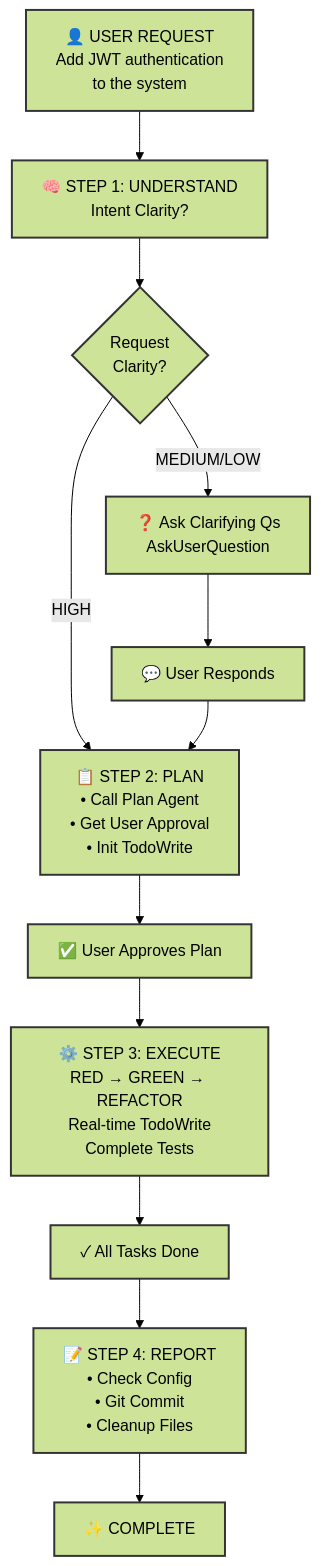
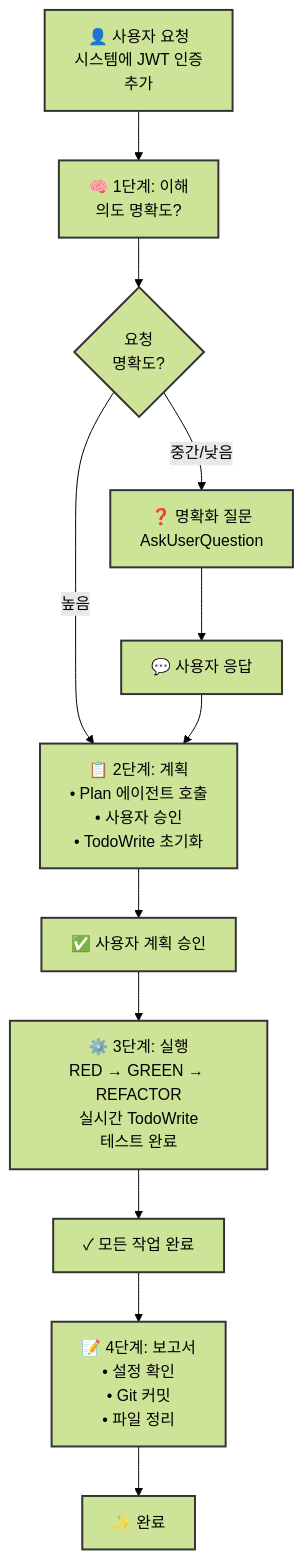
Before and after one commit to modu-ai/moai-adk: the diagram in README.ko.md, drawn with Mermaid (forest theme). The commit also changed other lines of this file, not shown here.

First line of the commit message:
docs(readme-ko): complete 100% Korean localization of README.ko.md

````diff
--- a/README.ko.md
+++ b/README.ko.md
@@ -1415,44 +1498,44 @@
 ```mermaid
 flowchart TD
-    Start["👤 USER REQUEST<br/>Add JWT authentication<br/>to the system"]
+    Start["👤 사용자 요청<br/>시스템에 JWT 인증<br/>추가"]
 
-    Step1["🧠 STEP 1: UNDERSTAND<br/>Intent Clarity?"]
+    Step1["🧠 1단계: 이해<br/>의도 명확도?"]
 
-    HighClarity{"Request<br/>Clarity?"}
+    HighClarity{"요청<br/>명확도?"}
 
-    LowClarity["❓ Ask Clarifying Qs<br/>AskUserQuestion"]
-    UserRespond["💬 User Responds"]
+    LowClarity["❓ 명확화 질문<br/>AskUserQuestion"]
+    UserRespond["💬 사용자 응답"]
 
-    Step2["📋 STEP 2: PLAN<br/>• Call Plan Agent<br/>• Get User Approval<br/>• Init TodoWrite"]
+    Step2["📋 2단계: 계획<br/>• Plan 에이전트 호출<br/>• 사용자 승인<br/>• TodoWrite 초기화"]
 
-    UserApprove["✅ User Approves Plan"]
+    UserApprove["✅ 사용자 계획 승인"]
 
-    Step3["⚙️ STEP 3: EXECUTE<br/>RED → GREEN → REFACTOR<br/>Real-time TodoWrite<br/>Complete Tests"]
+    Step3["⚙️ 3단계: 실행<br/>RED → GREEN → REFACTOR<br/>실시간 TodoWrite<br/>테스트 완료"]
 
-    TasksComplete["✓ All Tasks Done"]
+    TasksComplete["✓ 모든 작업 완료"]
 
-    Step4["📝 STEP 4: REPORT<br/>• Check Config<br/>• Git Commit<br/>• Cleanup Files"]
+    Step4["📝 4단계: 보고서<br/>• 설정 확인<br/>• Git 커밋<br/>• 파일 정리"]
 
-    Done["✨ COMPLETE"]
+    Done["✨ 완료"]
 
     Start --> Step1
     Step1 --> HighClarity
 
-    HighClarity -->|HIGH| Step2
-    HighClarity -->|MEDIUM/LOW| LowClarity
+    HighClarity -->|높음| Step2
+    HighClarity -->|중간/낮음| LowClarity
 
     LowClarity --> UserRespond
     UserRespond --> Step2
 
     Step2 --> UserApprove
     UserApprove --> Step3
 
     Step3 --> TasksComplete
     TasksComplete --> Step4
 
     Step4 --> Done
 
     classDef nodeStyle stroke:#333,stroke-width:2px,color:#000
 
     class Start,Step1,Step2,Step3,Step4,HighClarity,LowClarity,UserRespond,UserApprove,TasksComplete,Done nodeStyle
 ```
````
